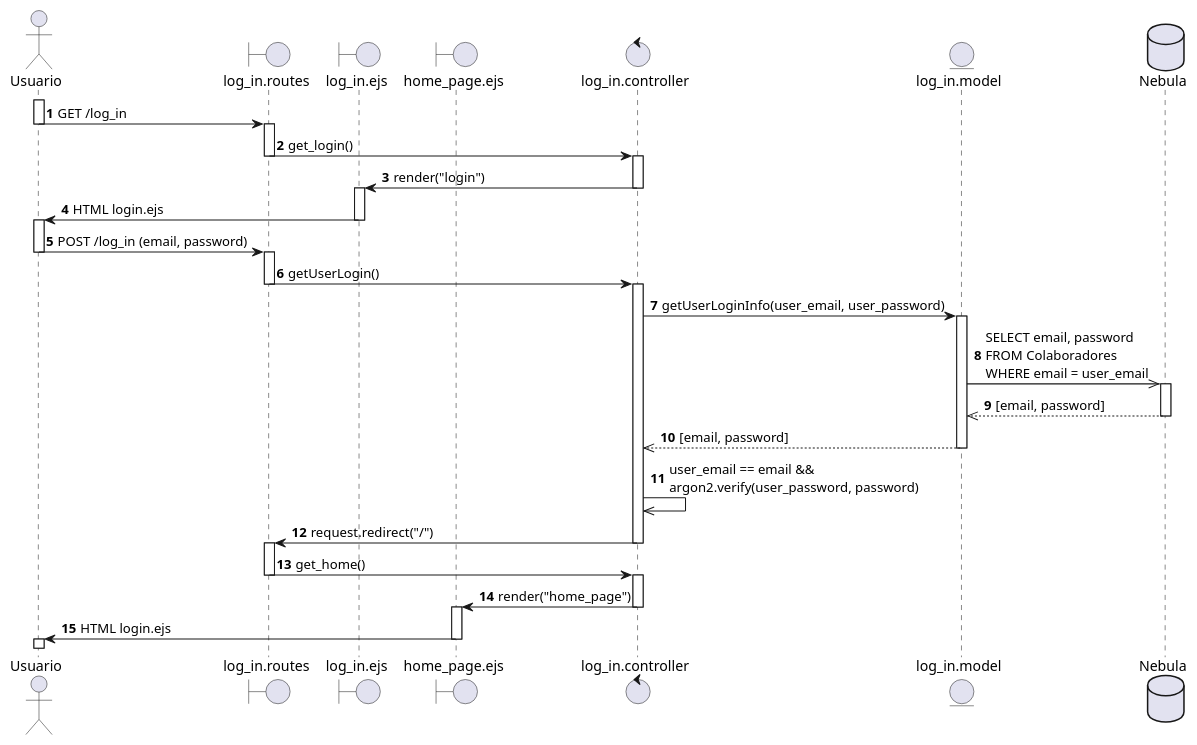
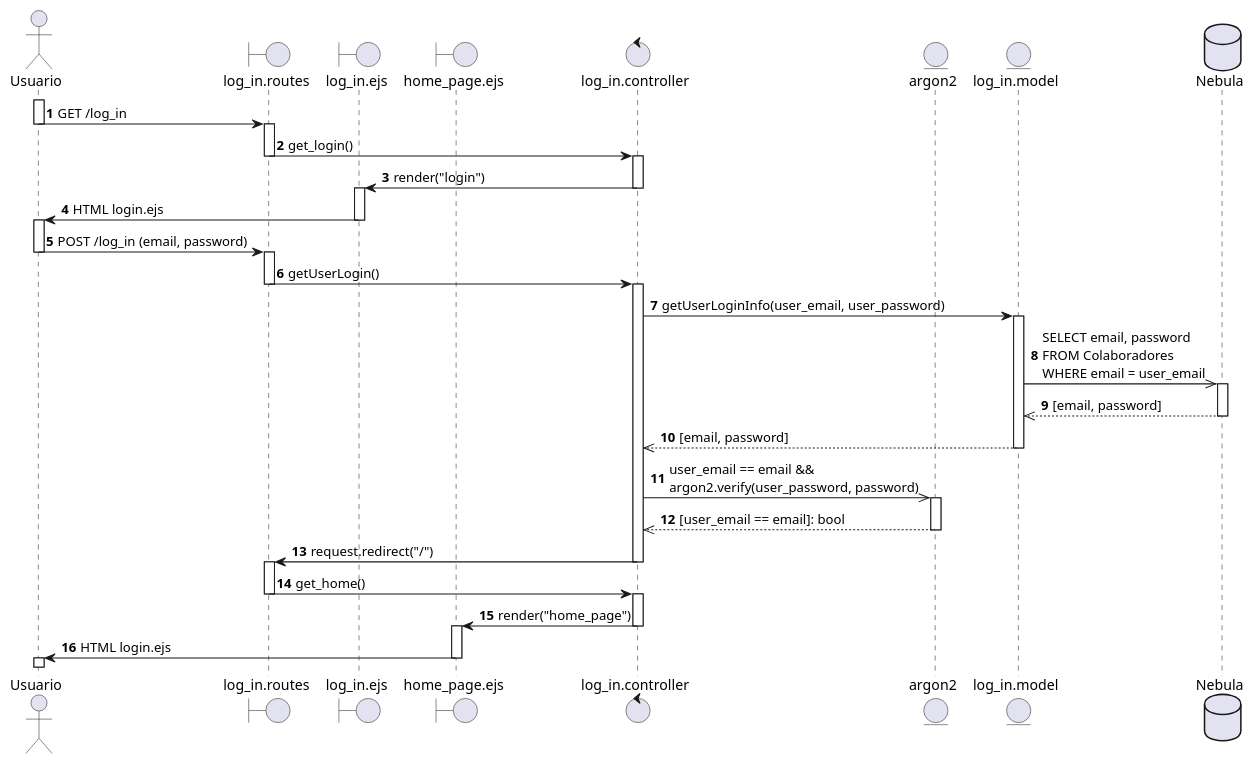
The diagram in diagramas_secuencia/user_auth.puml (SALV19/Nebula_tc2005b), drawn with PlantUML before and after one commit. The commit also changed 22 other files, not shown here.

```diff
--- a/diagramas_secuencia/user_auth.puml
+++ b/diagramas_secuencia/user_auth.puml
@@ -1,59 +1,63 @@
 @startuml Prueba
 autonumber
 actor Usuario as u
 boundary log_in.routes as lgr
 boundary log_in.ejs as lge
 boundary home_page.ejs as h
 control log_in.controller as lgc
+entity argon2 as argon
 entity log_in.model as lgm
 database Nebula as db
 
 activate u
 u -> lgr : GET /log_in
 deactivate u
 
 activate lgr
 lgr -> lgc : get_login()
 deactivate lgr
 activate lgc
 lgc -> lge : render("login")
 deactivate lgc
 activate lge
 lge -> u : HTML login.ejs
 deactivate lge 
 
 activate u
 u -> lgr : POST /log_in (email, password)
 deactivate u
 
 activate lgr
 lgr -> lgc : getUserLogin()
 deactivate lgr
 
 activate lgc
 lgc -> lgm : getUserLoginInfo(user_email, user_password)
 activate lgm
 lgm ->> db : SELECT email, password \nFROM Colaboradores \nWHERE email = user_email
 activate db
 db -->> lgm : [email, password]
 deactivate db
 lgm -->> lgc : [email, password]
 deactivate lgm
-lgc ->> lgc : user_email == email && \nargon2.verify(user_password, password)
+lgc ->> argon : user_email == email && \nargon2.verify(user_password, password)
+activate argon
+argon -->> lgc : [user_email == email]: bool
+deactivate argon
 lgc -> lgr : request.redirect("/")
 deactivate lgc
 
 activate lgr
 lgr -> lgc : get_home()
 deactivate lgr
 activate lgc
 lgc -> h : render("home_page")
 deactivate lgc
 activate h
 h -> u : HTML login.ejs
 deactivate h 
 
 
 activate u
 
 @enduml
```
